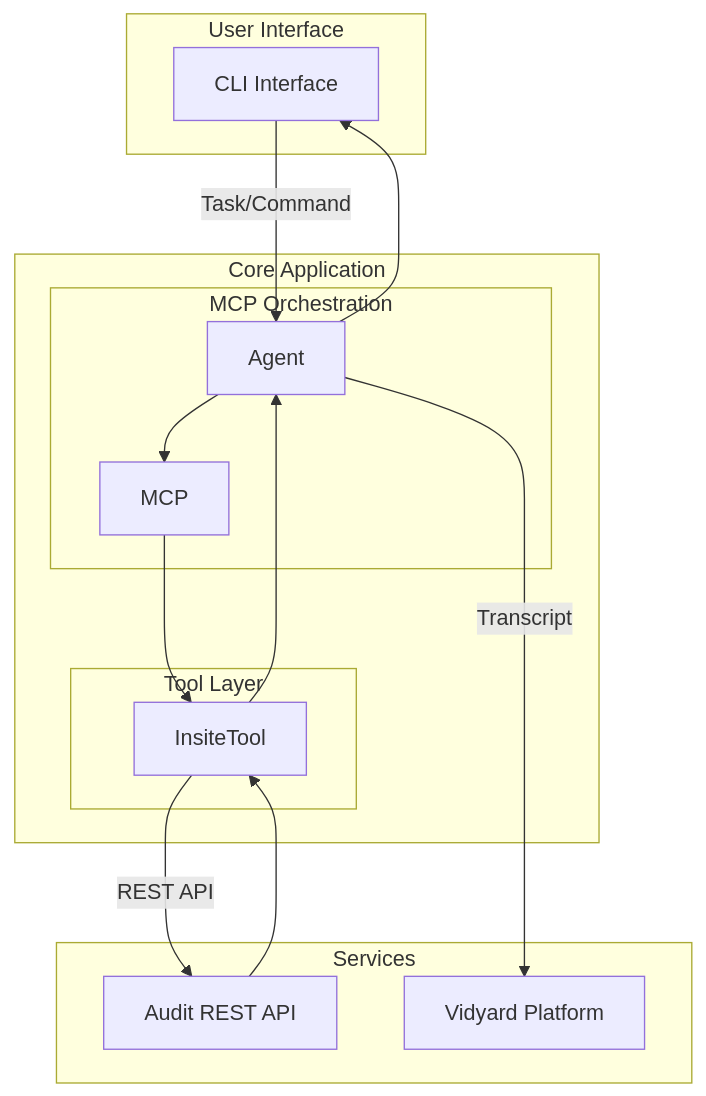
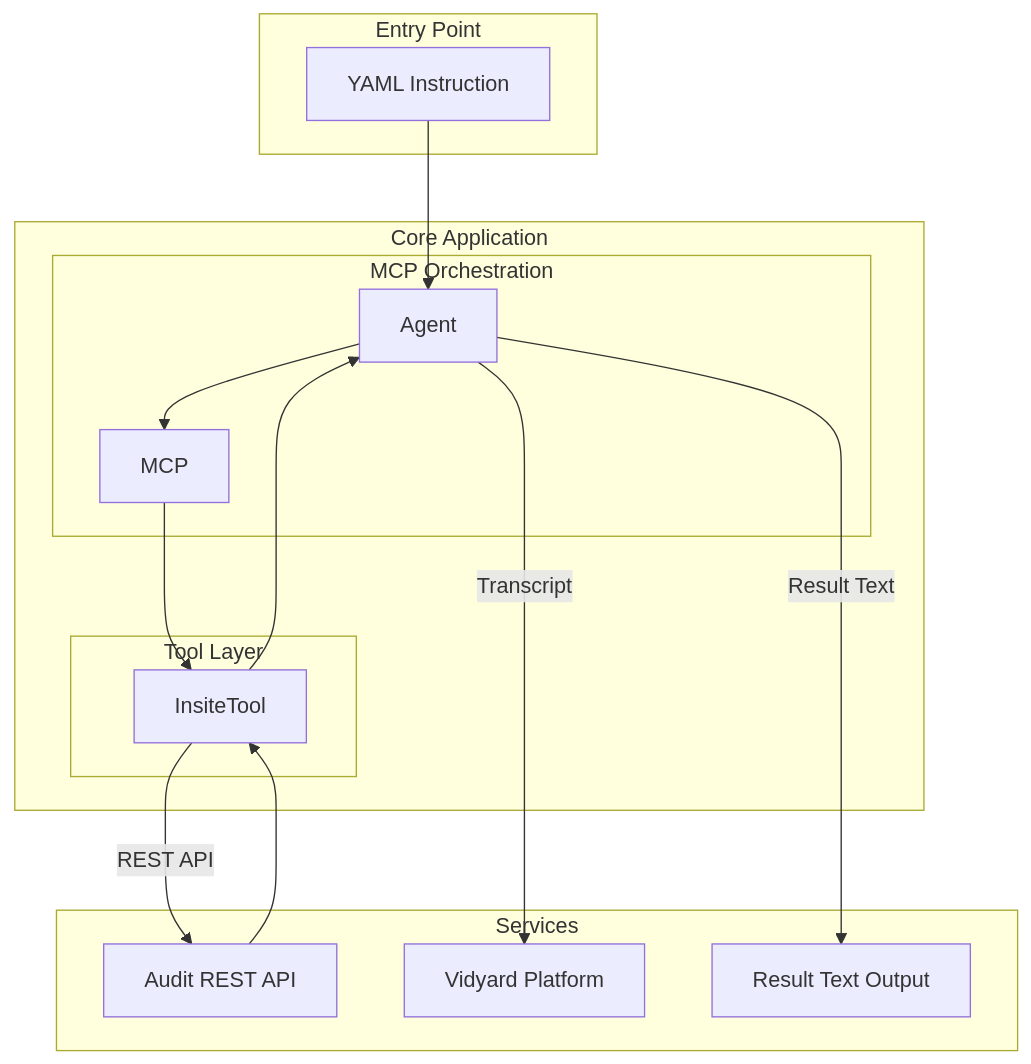
The first of 2 diagrams in README.md (nenavathsuresh/Autogen), drawn with Mermaid before and after one commit.

````diff
--- a/README.md
+++ b/README.md
@@ -47,29 +47,27 @@
 ```mermaid
 graph TD
-    subgraph User Interface
-        CLI[CLI Interface]
+    subgraph Entry Point
+        YAML[YAML Instruction]
     end
 
     subgraph Core Application
-        CLI -->|Task/Command| Agent
+        YAML --> Agent
         subgraph MCP Orchestration
             Agent --> MCP
         end
         subgraph Tool Layer
             MCP --> InsiteTool
         end
     end
 
     subgraph Services
         InsiteTool -->|REST API| RESTAPI[Audit REST API]
         Agent -->|Transcript| Vidyard[Vidyard Platform]
+        Agent -->|Result Text| ResultText[Result Text Output]
     end
 
-    %% Response/data flow returns to Agent, then CLI
+    %% Response/data flow returns to Agent
     RESTAPI --> InsiteTool
     InsiteTool --> Agent
-    Agent --> CLI
-
-
 
 ```
````
